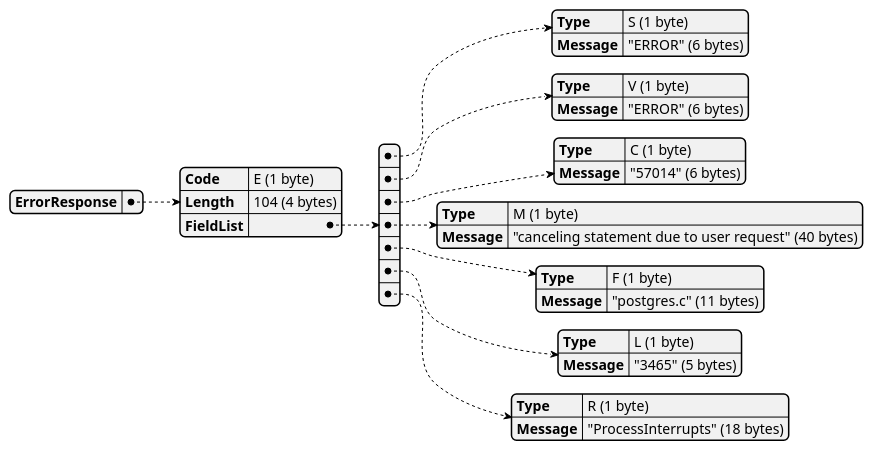
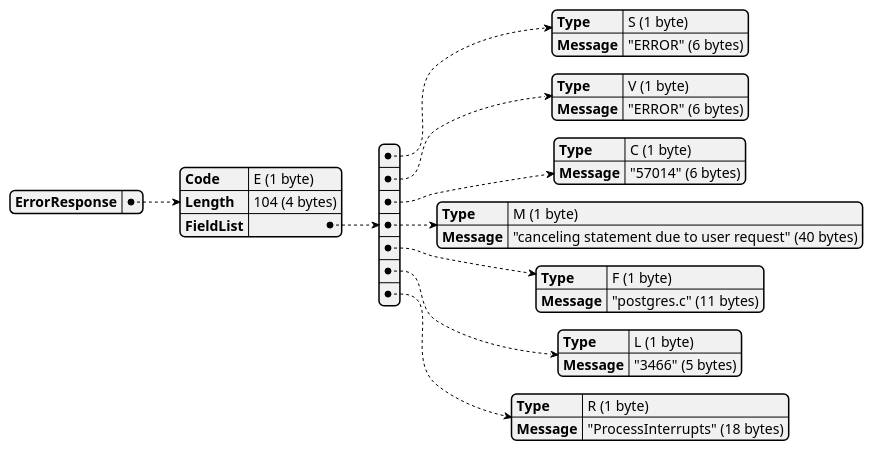
One commit to xfischer/pg_protoexport changed diagram 12 of 13 in docs/examples/exports/pagila-13-cancelrequest/capture.plantuml.pkt.md. Above: the diagram before and after it, drawn with PlantUML. The commit also changed other lines of this file and 135 other files, not shown here.

````diff
--- a/docs/examples/exports/pagila-13-cancelrequest/capture.plantuml.pkt.md
+++ b/docs/examples/exports/pagila-13-cancelrequest/capture.plantuml.pkt.md
@@ -164,40 +164,40 @@
 ```plantuml
 @startjson
 {
   "ErrorResponse": {
     "Code": "E (1 byte)",
     "Length": "104 (4 bytes)",
     "FieldList": [
       {
         "Type": "S (1 byte)",
         "Message": "\"ERROR\" (6 bytes)"
       },
       {
         "Type": "V (1 byte)",
         "Message": "\"ERROR\" (6 bytes)"
       },
       {
         "Type": "C (1 byte)",
         "Message": "\"57014\" (6 bytes)"
       },
       {
         "Type": "M (1 byte)",
         "Message": "\"canceling statement due to user request\" (40 bytes)"
       },
       {
         "Type": "F (1 byte)",
         "Message": "\"postgres.c\" (11 bytes)"
       },
       {
         "Type": "L (1 byte)",
-        "Message": "\"3465\" (5 bytes)"
+        "Message": "\"3466\" (5 bytes)"
       },
       {
         "Type": "R (1 byte)",
         "Message": "\"ProcessInterrupts\" (18 bytes)"
       }
     ]
   }
 }
 @endjson
 ```
````
